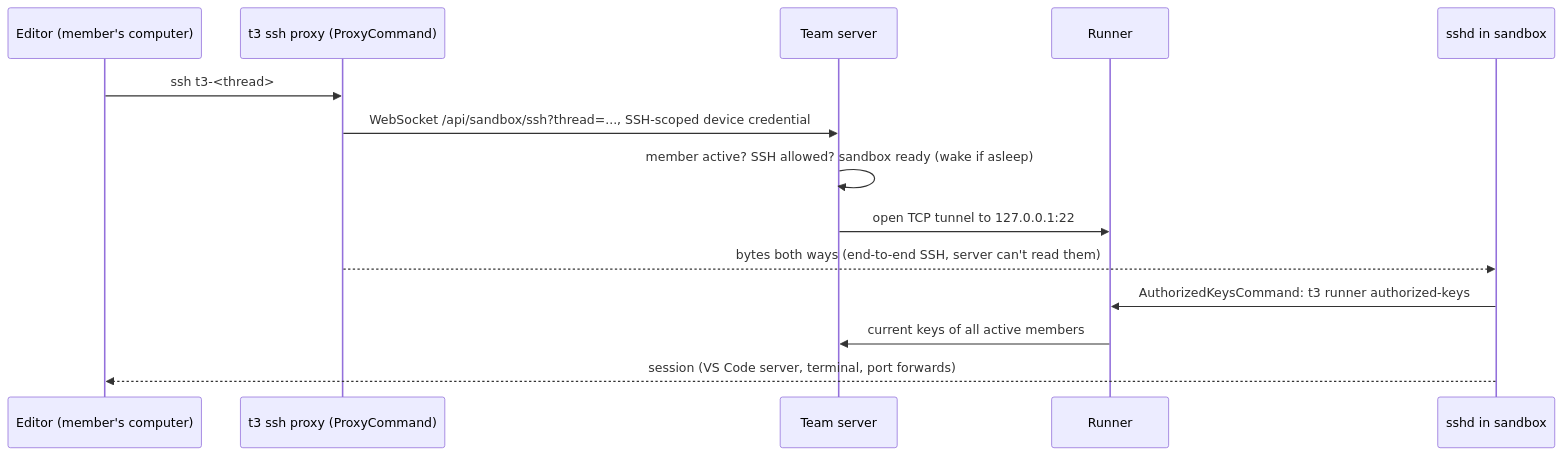
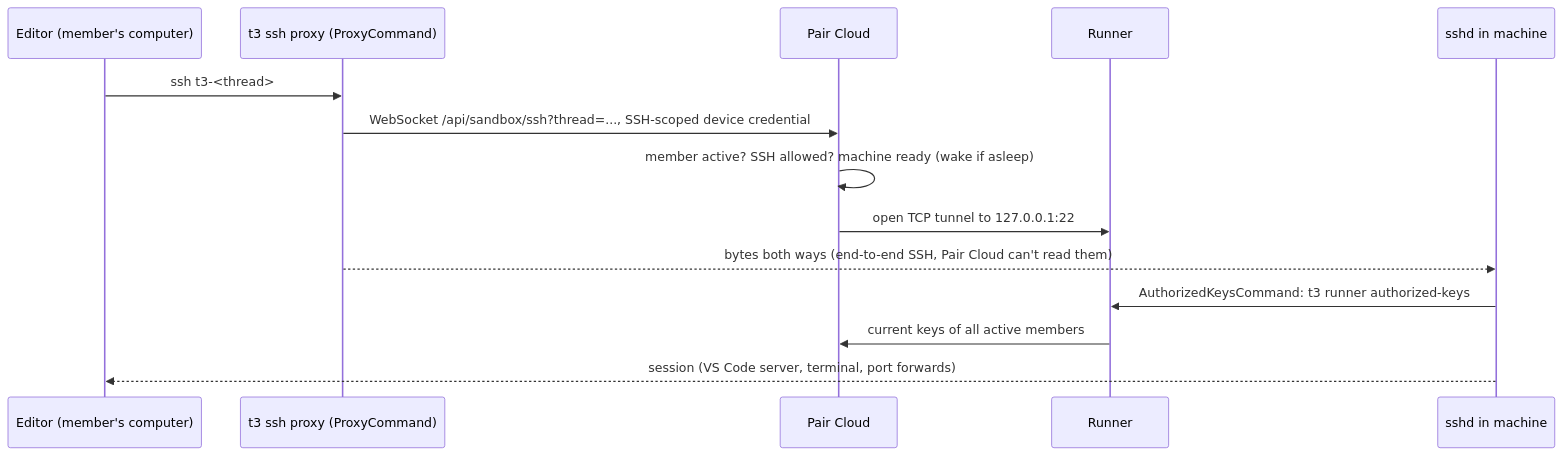
Before and after one commit to rutvikchandla3/pair: the second of 2 diagrams in docs/product/cloud/07-access-and-data.md, drawn with Mermaid. The commit also changed other lines of this file and 13 other files, not shown here.

First line of the commit message:
docs: rewrite the Pair Cloud plan for local-first Pair Cloud

````diff
--- a/docs/product/cloud/07-access-and-data.md
+++ b/docs/product/cloud/07-access-and-data.md
@@ -374,16 +451,16 @@
 ```mermaid
 sequenceDiagram
   participant Ed as Editor (member's computer)
   participant P as t3 ssh proxy (ProxyCommand)
-  participant S as Team server
+  participant S as Pair Cloud
   participant R as Runner
-  participant D as sshd in sandbox
+  participant D as sshd in machine
   Ed->>P: ssh t3-<thread>
   P->>S: WebSocket /api/sandbox/ssh?thread=..., SSH-scoped device credential
-  S->>S: member active? SSH allowed? sandbox ready (wake if asleep)
+  S->>S: member active? SSH allowed? machine ready (wake if asleep)
   S->>R: open TCP tunnel to 127.0.0.1:22
-  P-->>D: bytes both ways (end-to-end SSH, server can't read them)
+  P-->>D: bytes both ways (end-to-end SSH, Pair Cloud can't read them)
   D->>R: AuthorizedKeysCommand: t3 runner authorized-keys
   R->>S: current keys of all active members
   D-->>Ed: session (VS Code server, terminal, port forwards)
 ```
````
